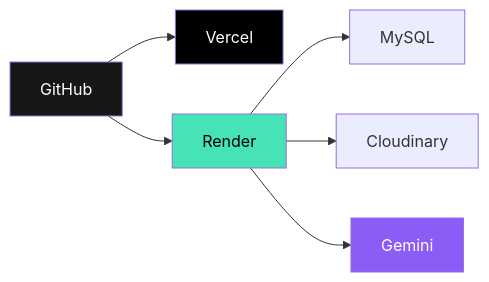
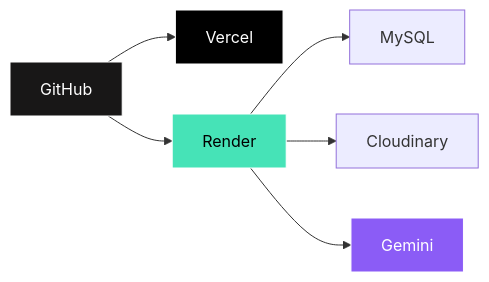
One commit to TheKanishkDev/SoulSync-AI changed the sixth of 7 diagrams in README.md. Above: the diagram before and after it, drawn with Mermaid. The commit also changed other lines of this file, not shown here.

````diff
--- a/README.md
+++ b/README.md
@@ -707,20 +572,13 @@
 ```mermaid
 flowchart LR
-
-GitHub
-
 GitHub --> Vercel
-
 GitHub --> Render
-
 Render --> MySQL
-
 Render --> Cloudinary
-
 Render --> Gemini
 
-style GitHub fill:#181717,color:#fff
-style Vercel fill:#000,color:#fff
-style Render fill:#46E3B7,color:#000
-style Gemini fill:#8B5CF6,color:#fff
+style GitHub fill:#181717,color:#fff,stroke:#fff
+style Vercel fill:#000,color:#fff,stroke:#fff
+style Render fill:#46E3B7,color:#000,stroke:#fff
+style Gemini fill:#8B5CF6,color:#fff,stroke:#fff
 ```
````
